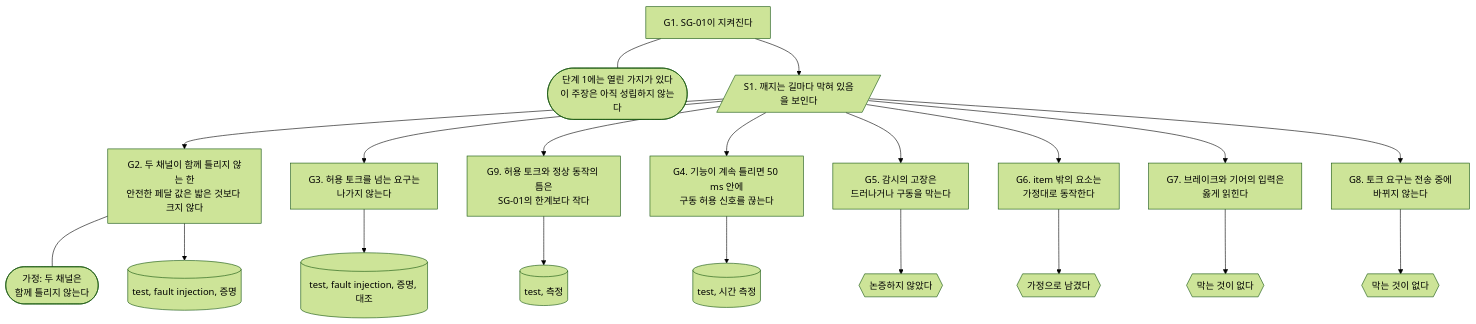
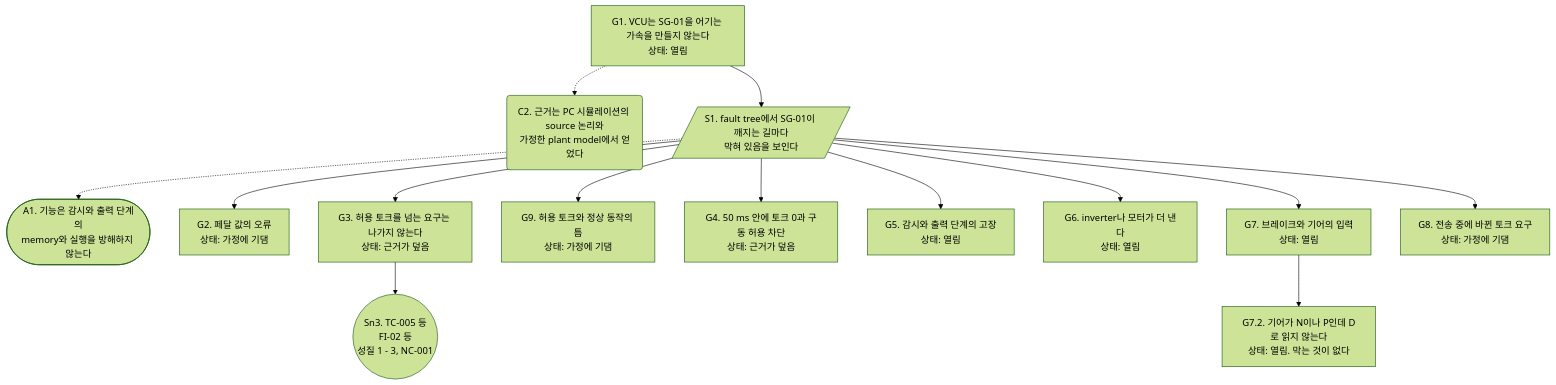
Before and after one commit to danielhongwoo/fusa: the diagram in chapters/ch19-safety-case.md, drawn with Mermaid (forest theme). The commit also changed other lines of this file and 2 other files, not shown here.

````diff
--- a/chapters/ch19-safety-case.md
+++ b/chapters/ch19-safety-case.md
@@ -67,42 +98,30 @@
 ```mermaid
 flowchart TD
-    G1["G1. SG-01이 지켜진다"]
-    C2(["단계 1에는 열린 가지가 있다<br/>이 주장은 아직 성립하지 않는다"])
-    S1[/"S1. 깨지는 길마다 막혀 있음을 보인다"/]
-    G2["G2. 두 채널이 함께 틀리지 않는 한<br/>안전한 페달 값은 밟은 것보다 크지 않다"]
-    G3["G3. 허용 토크를 넘는 요구는<br/>나가지 않는다"]
-    G9["G9. 허용 토크와 정상 동작의 틈은<br/>SG-01의 한계보다 작다"]
-    G4["G4. 기능이 계속 틀리면 50 ms 안에<br/>구동 허용 신호를 끊는다"]
-    G5["G5. 감시의 고장은<br/>드러나거나 구동을 막는다"]
-    G6["G6. item 밖의 요소는<br/>가정대로 동작한다"]
-    G7["G7. 브레이크와 기어의 입력은<br/>옳게 읽힌다"]
-    G8["G8. 토크 요구는 전송 중에<br/>바뀌지 않는다"]
-    A1(["가정: 두 채널은<br/>함께 틀리지 않는다"])
-    E2[("test, fault injection, 증명")]
-    E3[("test, fault injection, 증명, 대조")]
-    E9[("test, 측정")]
-    E4[("test, 시간 측정")]
-    U5{{"논증하지 않았다"}}
-    U6{{"가정으로 남겼다"}}
-    U7{{"막는 것이 없다"}}
-    U8{{"막는 것이 없다"}}
-    G1 --- C2
+    G1["G1. VCU는 SG-01을 어기는 가속을 만들지 않는다<br/>상태: 열림"]
+    C2("C2. 근거는 PC 시뮬레이션의 source 논리와<br/>가정한 plant model에서 얻었다")
+    S1[/"S1. fault tree에서 SG-01이 깨지는 길마다<br/>막혀 있음을 보인다"/]
+    A1(["A1. 기능은 감시와 출력 단계의<br/>memory와 실행을 방해하지 않는다"])
+    G2["G2. 페달 값의 오류<br/>상태: 가정에 기댐"]
+    G3["G3. 허용 토크를 넘는 요구는 나가지 않는다<br/>상태: 근거가 덮음"]
+    G9["G9. 허용 토크와 정상 동작의 틈<br/>상태: 가정에 기댐"]
+    G4["G4. 50 ms 안에 토크 0과 구동 허용 차단<br/>상태: 근거가 덮음"]
+    G5["G5. 감시와 출력 단계의 고장<br/>상태: 열림"]
+    G6["G6. inverter나 모터가 더 낸다<br/>상태: 열림"]
+    G7["G7. 브레이크와 기어의 입력<br/>상태: 열림"]
+    G8["G8. 전송 중에 바뀐 토크 요구<br/>상태: 가정에 기댐"]
+    G7_2["G7.2. 기어가 N이나 P인데 D로 읽지 않는다<br/>상태: 열림. 막는 것이 없다"]
+    Sn3(("Sn3. TC-005 등<br/>FI-02 등<br/>성질 1 - 3, NC-001"))
+    G1 -.-> C2
     G1 --> S1
+    S1 -.-> A1
     S1 --> G2
     S1 --> G3
     S1 --> G9
     S1 --> G4
     S1 --> G5
     S1 --> G6
     S1 --> G7
     S1 --> G8
-    G2 --- A1
-    G2 --> E2
-    G3 --> E3
-    G9 --> E9
-    G4 --> E4
-    G5 --> U5
-    G6 --> U6
-    G7 --> U7
-    G8 --> U8
+    G3 --> Sn3
+    G7 --> G7_2
 ```
````
